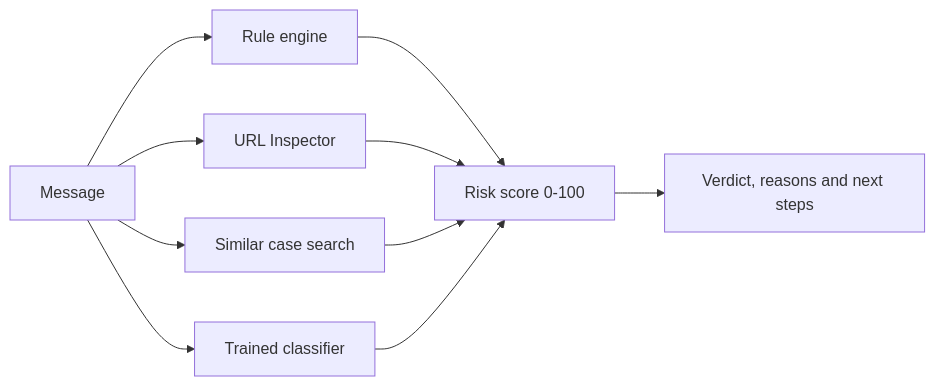
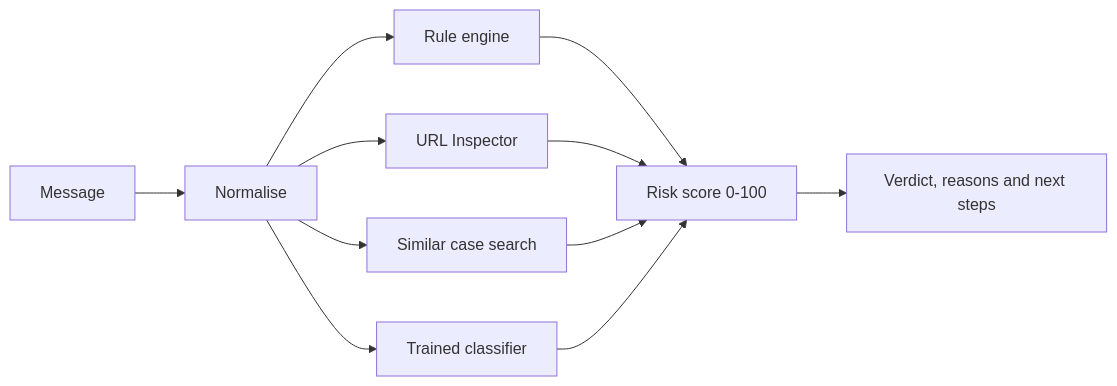
Before and after one commit to NCLJovi/COMP4431Grp19: the diagram in README.md, drawn with Mermaid. The commit also changed other lines of this file, not shown here.

````diff
--- a/README.md
+++ b/README.md
@@ -49,12 +74,13 @@
 ```mermaid
 flowchart LR
-    A[Message] --> B[Rule engine]
-    A --> C[URL Inspector]
-    A --> D[Similar case search]
-    A --> E[Trained classifier]
-    B --> F[Risk score 0-100]
-    C --> F
-    D --> F
-    E --> F
-    F --> G[Verdict, reasons and next steps]
+    A[Message] --> B[Normalise]
+    B --> C[Rule engine]
+    B --> D[URL Inspector]
+    B --> E[Similar case search]
+    B --> F[Trained classifier]
+    C --> G[Risk score 0-100]
+    D --> G
+    E --> G
+    F --> G
+    G --> H[Verdict, reasons and next steps]
 ```
````
